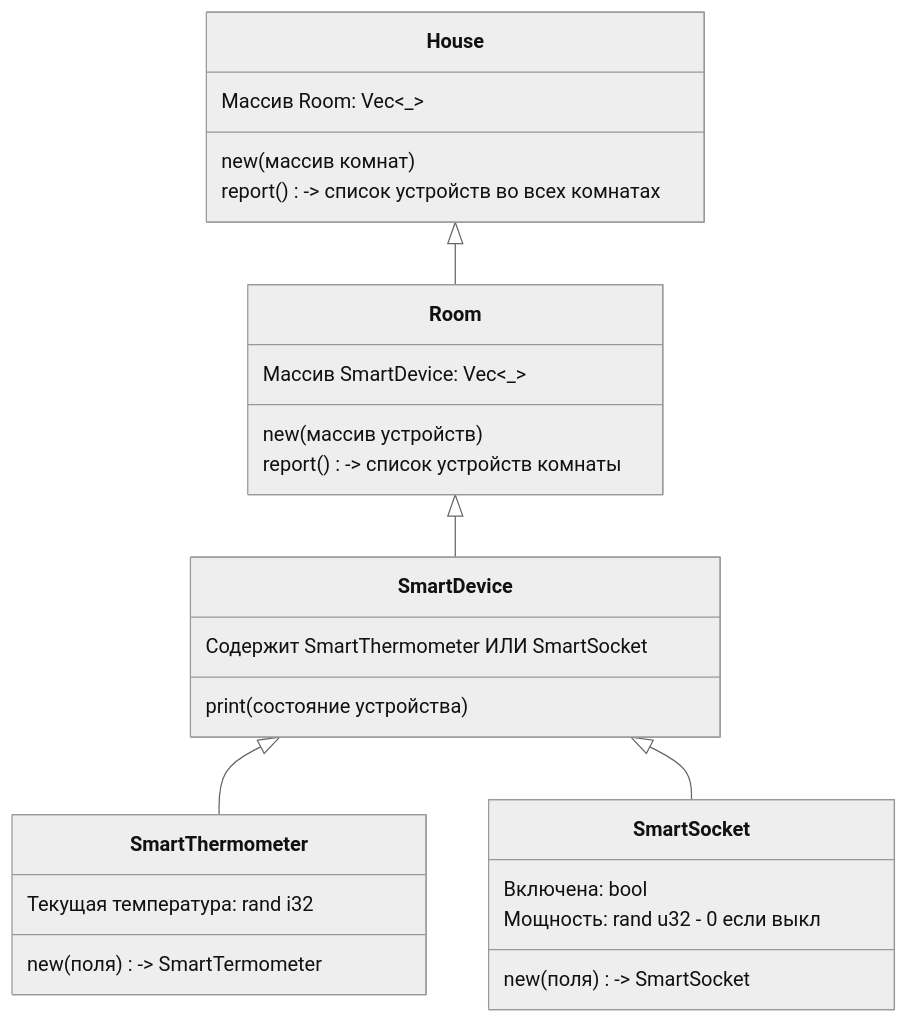
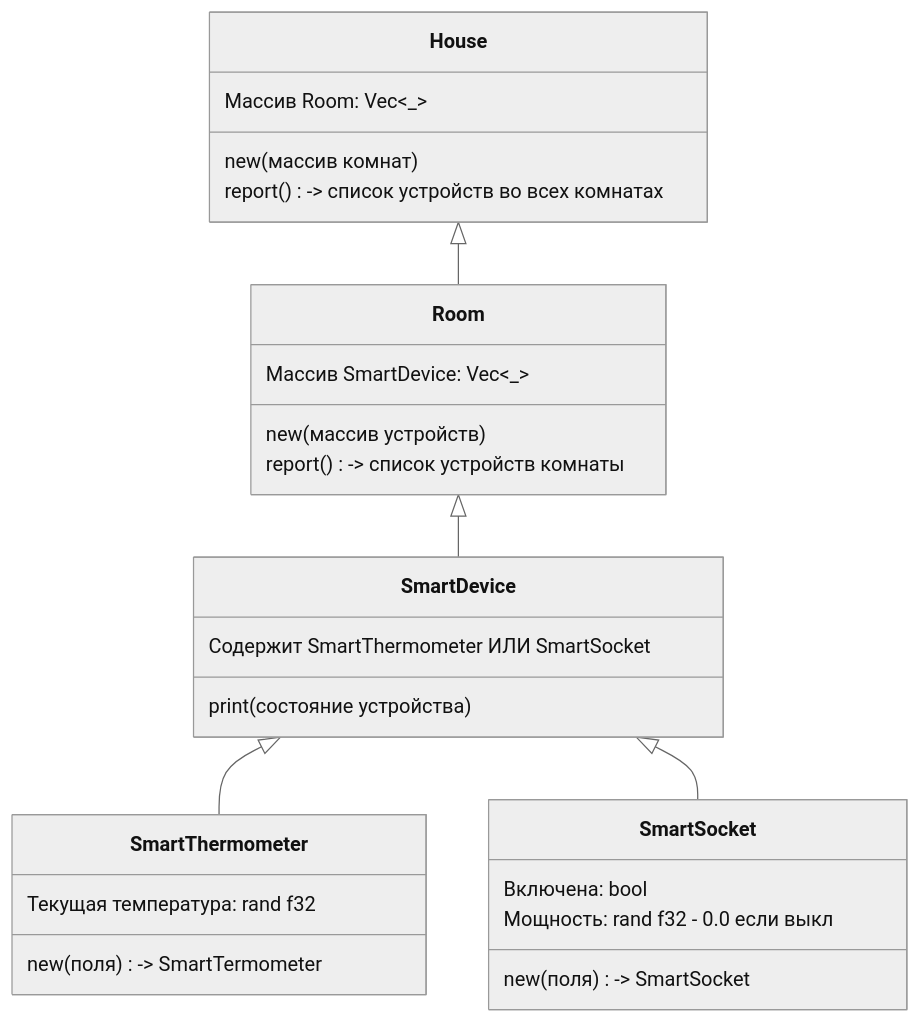
The diagram in README.md (aagern/smarthome), drawn with Mermaid (neutral theme) before and after one commit. The commit also changed 6 other files, not shown here.

````diff
--- a/README.md
+++ b/README.md
@@ -6,35 +6,35 @@
 ```mermaid
 classDiagram
 class SmartThermometer{
 new(поля) -> SmartTermometer
-Текущая температура: rand i32
+Текущая температура: rand f32
 }
 
 class SmartSocket{
 Включена: bool
-Мощность: rand u32 - 0 если выкл
+Мощность: rand f32 - 0.0 если выкл
 new(поля) -> SmartSocket
 }
 
 class SmartDevice{
 Содержит SmartThermometer ИЛИ SmartSocket
 print(состояние устройства)
 }
 
 class Room{
 new(массив устройств)
 Массив SmartDevice: Vec<_>
 report() -> список устройств комнаты
 }
 
 class House{
 Массив Room: Vec<_>
 new(массив комнат)
 report() -> список устройств во всех комнатах
 }
 
 SmartDevice <|-- SmartThermometer
 SmartDevice <|-- SmartSocket
 Room <|-- SmartDevice
 House <|-- Room
 ```
````
